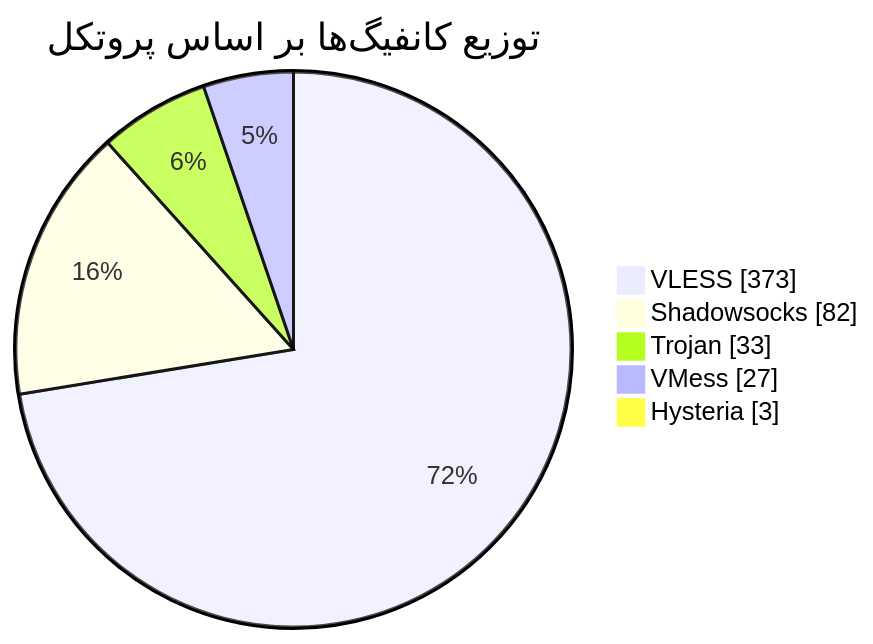
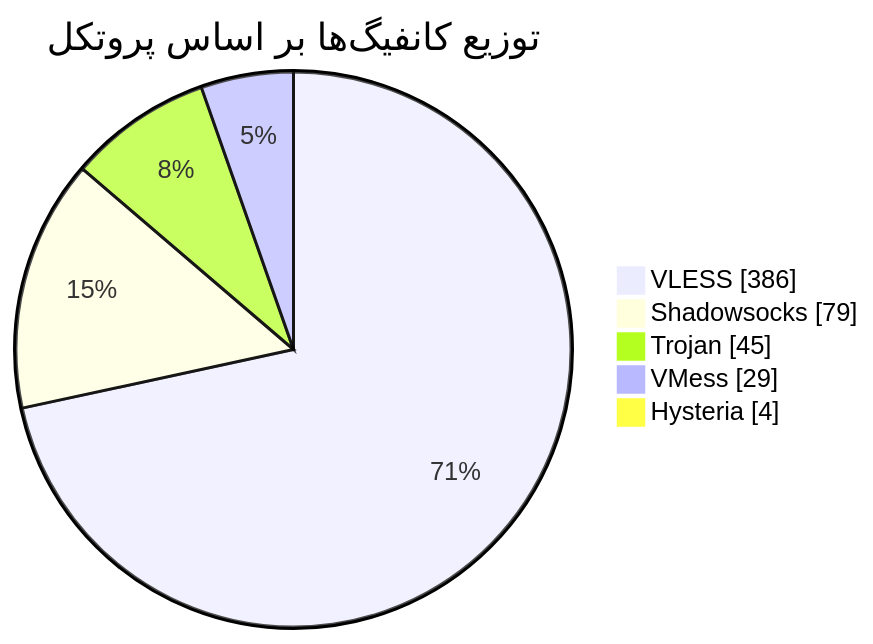
Before and after one commit to Arian-Alijani/Somthing: the diagram in README.md, drawn with Mermaid. The commit also changed other lines of this file and 79 other files, not shown here.

````diff
--- a/README.md
+++ b/README.md
@@ -47,9 +47,9 @@
 ```mermaid
 pie showData
     title توزیع کانفیگ‌ها بر اساس پروتکل
-    "VLESS" : 373
-    "Shadowsocks" : 82
-    "Trojan" : 33
-    "VMess" : 27
-    "Hysteria" : 3
+    "VLESS" : 386
+    "Shadowsocks" : 79
+    "Trojan" : 45
+    "VMess" : 29
+    "Hysteria" : 4
 ```
````
